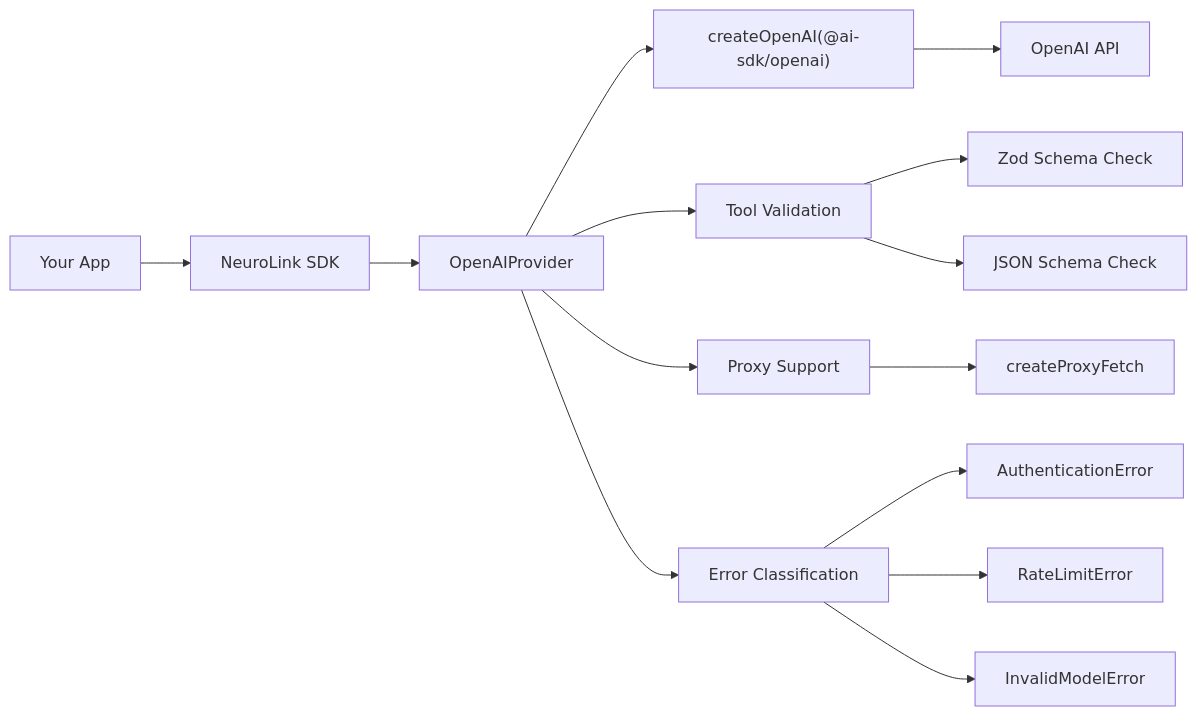
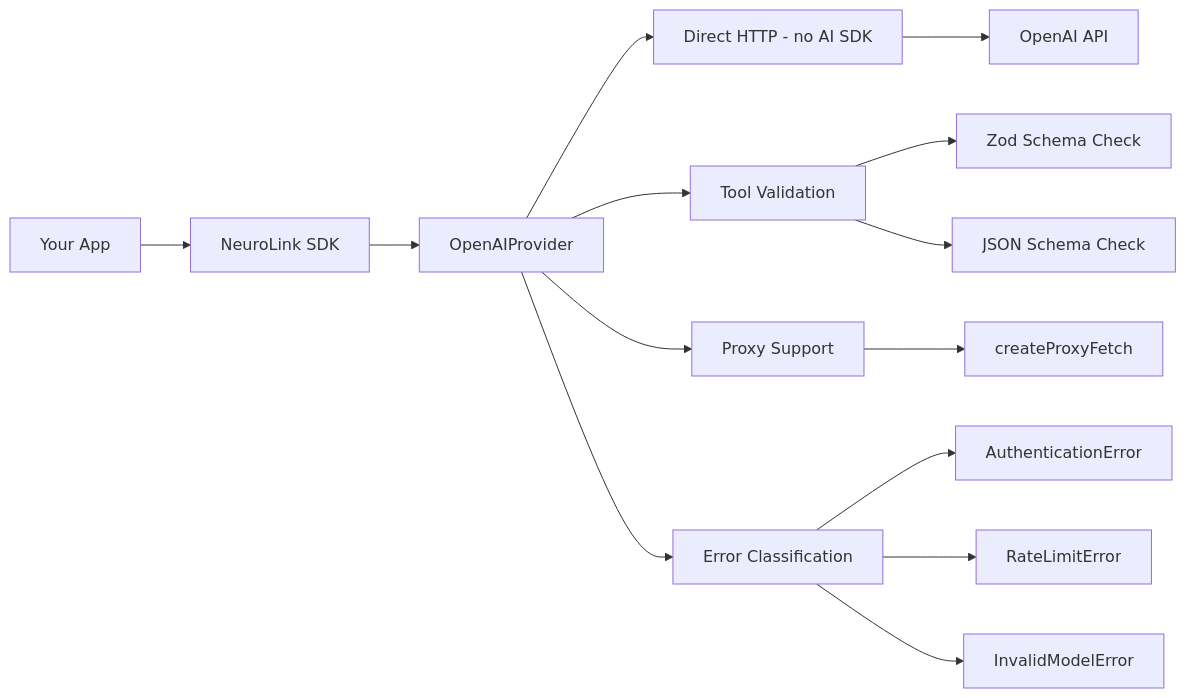
Before and after one commit to juspay/neurolink-blog: the diagram in _posts/2025-06-27-openai-integration-guide.md, drawn with Mermaid. The commit also changed other lines of this file and 172 other files, not shown here.

````diff
--- a/_posts/2025-06-27-openai-integration-guide.md
+++ b/_posts/2025-06-27-openai-integration-guide.md
@@ -271,19 +271,19 @@
 ```mermaid
 flowchart LR
     A[Your App] --> B[NeuroLink SDK]
     B --> C[OpenAIProvider]
-    C --> D["createOpenAI(@ai-sdk/openai)"]
+    C --> D["Direct HTTP - no AI SDK"]
     D --> E[OpenAI API]
 
     C --> F[Tool Validation]
     F --> G[Zod Schema Check]
     F --> H[JSON Schema Check]
 
     C --> I[Proxy Support]
     I --> J[createProxyFetch]
 
     C --> K[Error Classification]
     K --> L[AuthenticationError]
     K --> M[RateLimitError]
     K --> N[InvalidModelError]
 ```
````
